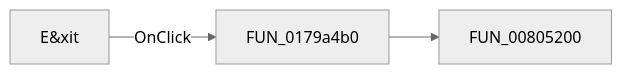
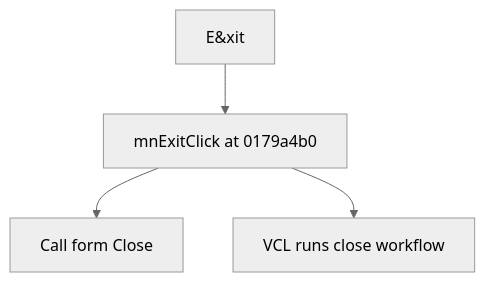
Before and after one commit to MovGP0/TIARA: the diagram in docs/ui-controls/shapeedit/mnexit-8b1e4c130c.md, drawn with Mermaid (neutral theme). The commit also changed other lines of this file and 1062 other files, not shown here.

````diff
--- a/docs/ui-controls/shapeedit/mnexit-8b1e4c130c.md
+++ b/docs/ui-controls/shapeedit/mnexit-8b1e4c130c.md
@@ -27,5 +25,6 @@
 ```mermaid
-flowchart LR
-    control["E&xit"] -->|OnClick| handler["FUN_0179a4b0"]
-    handler --> call1["FUN_00805200"]
+flowchart TD
+    control["E&xit"] --> handler["mnExitClick at 0179a4b0"]
+    handler --> step1["Call form Close"]
+    handler --> step2["VCL runs close workflow"]
 ```
````
